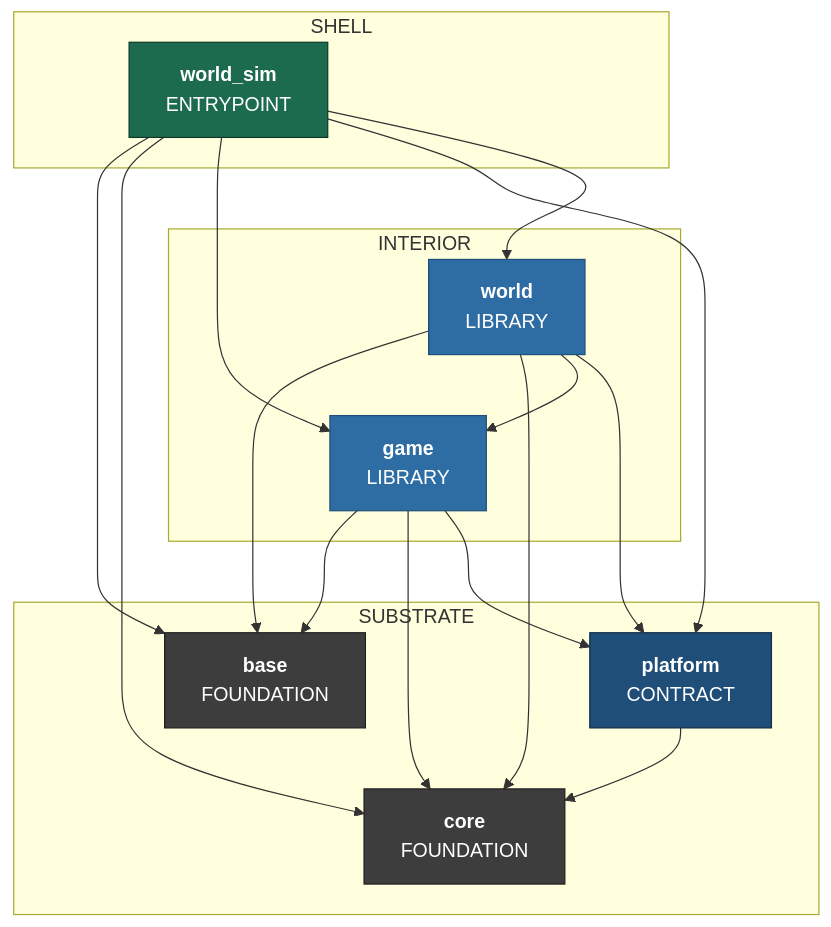
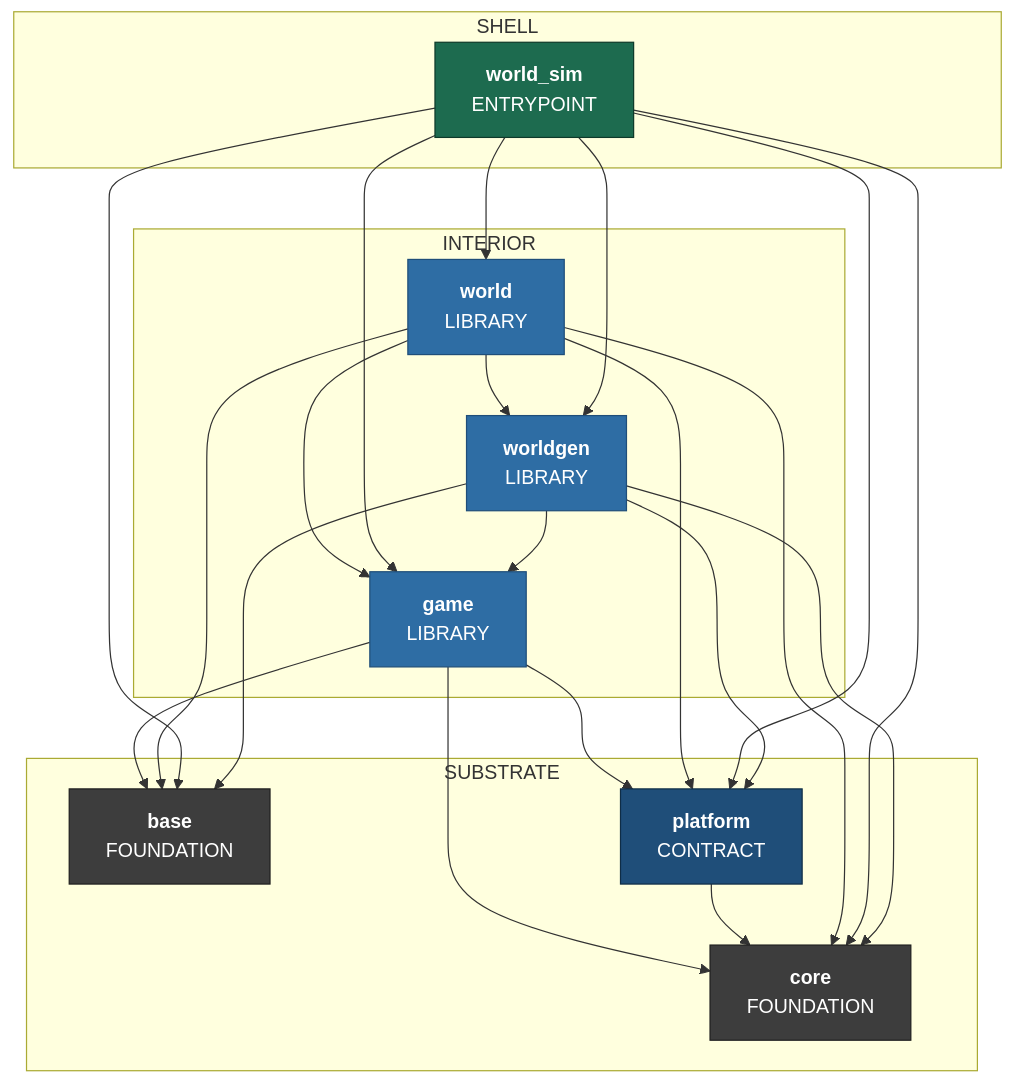
Before and after one commit to apnex/OpenStarbound: the seventh of 9 diagrams in docs/superpowers/specs/2026-08-01-sovereign-headless-client-design.md, drawn with Mermaid. The commit also changed other lines of this file and 2 other files, not shown here.

````diff
--- a/docs/superpowers/specs/2026-08-01-sovereign-headless-client-design.md
+++ b/docs/superpowers/specs/2026-08-01-sovereign-headless-client-design.md
@@ -1282,38 +1387,45 @@
 ```mermaid
 %% composition: world_sim
 flowchart TD
   subgraph Z_SUBSTRATE ["SUBSTRATE"]
     base["<b>base</b><br/>FOUNDATION"]
     core["<b>core</b><br/>FOUNDATION"]
     platform["<b>platform</b><br/>CONTRACT"]
   end
   subgraph Z_INTERIOR ["INTERIOR"]
     game["<b>game</b><br/>LIBRARY"]
     world["<b>world</b><br/>LIBRARY"]
+    worldgen["<b>worldgen</b><br/>LIBRARY"]
   end
   subgraph Z_SHELL ["SHELL"]
     world_sim["<b>world_sim</b><br/>ENTRYPOINT"]
   end
   game --> base
   game --> core
   game --> platform
   platform --> core
   world --> base
   world --> core
   world --> game
   world --> platform
+  world --> worldgen
   world_sim --> base
   world_sim --> core
   world_sim --> game
   world_sim --> platform
   world_sim --> world
+  world_sim --> worldgen
+  worldgen --> base
+  worldgen --> core
+  worldgen --> game
+  worldgen --> platform
   classDef kFoundation fill:#3d3d3d,stroke:#1f1f1f,color:#fff
   classDef kContract fill:#1f4e79,stroke:#0f2d46,color:#fff
   classDef kBackend fill:#7a3e9d,stroke:#4d2763,color:#fff
   classDef kLibrary fill:#2e6da4,stroke:#1f4e79,color:#fff
   classDef kEntrypoint fill:#1d6b4f,stroke:#0e3a2a,color:#fff
   class base,core kFoundation
   class platform kContract
-  class game,world kLibrary
+  class game,world,worldgen kLibrary
   class world_sim kEntrypoint
 ```
````
